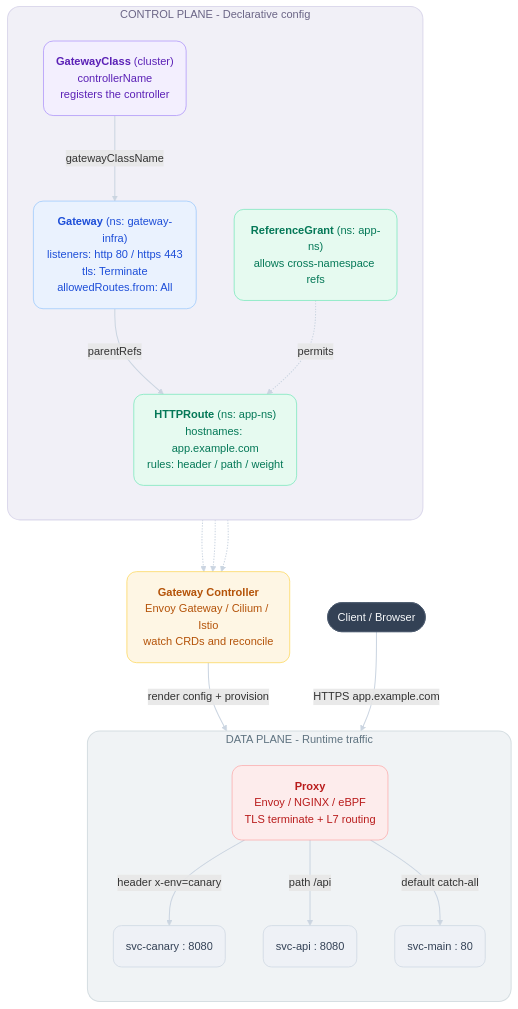
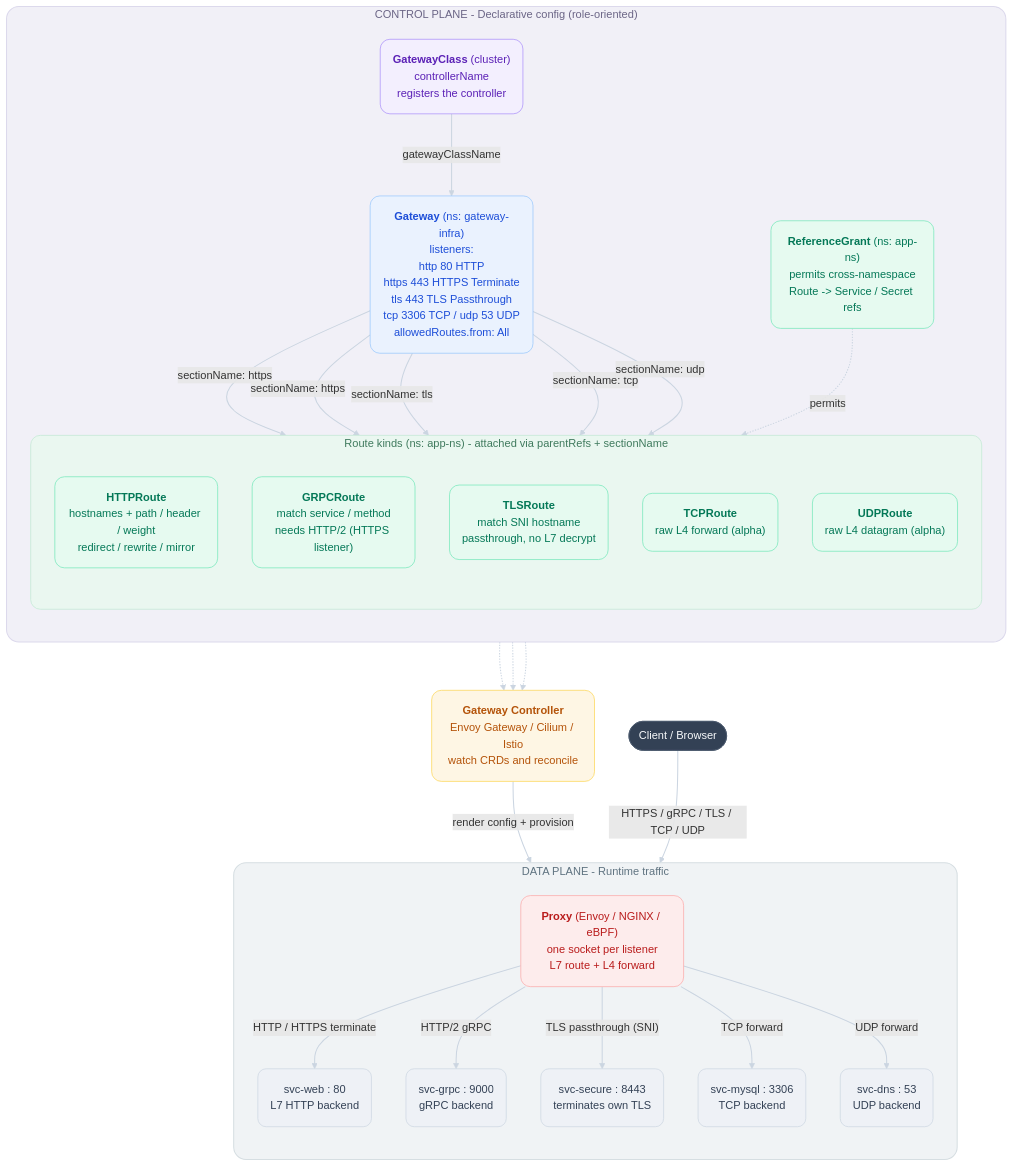
Before and after one commit to phamnam2003/challenges: the diagram in tech/k8s/networking/gateway-api/gateway-api.mmd, drawn with Mermaid.

Commit message:
docs(k8s): expand gateway api diagram with all route kinds

```diff
--- a/tech/k8s/networking/gateway-api/gateway-api.mmd
+++ b/tech/k8s/networking/gateway-api/gateway-api.mmd
@@ -1,60 +1,79 @@
-%%{init: {"flowchart": {"curve": "basis", "htmlLabels": true, "padding": 18, "nodeSpacing": 55, "rankSpacing": 75}, "themeVariables": {"fontFamily": "Segoe UI, Inter, sans-serif"}}}%%
-%% Gateway API - core components, relationships, and request flow
+%%{init: {"flowchart": {"curve": "basis", "htmlLabels": true, "padding": 18, "nodeSpacing": 50, "rankSpacing": 70}, "themeVariables": {"fontFamily": "Segoe UI, Inter, sans-serif"}}}%%
+%% Gateway API - full resource model: every Route kind bound to its listener protocol
 %% Render: https://mermaid.live  or VS Code "Markdown Preview Mermaid" extension
 
 flowchart TB
     client(["Client / Browser"]):::client
 
     %% ===================== CONTROL PLANE =====================
-    subgraph CONTROL["CONTROL PLANE - Declarative config"]
+    subgraph CONTROL["CONTROL PLANE - Declarative config (role-oriented)"]
         direction TB
 
         gc("<b>GatewayClass</b> (cluster)<br/>controllerName<br/>registers the controller"):::infra
-        gw("<b>Gateway</b> (ns: gateway-infra)<br/>listeners: http 80 / https 443<br/>tls: Terminate<br/>allowedRoutes.from: All"):::operator
-        route("<b>HTTPRoute</b> (ns: app-ns)<br/>hostnames: app.example.com<br/>rules: header / path / weight"):::dev
-        rg("<b>ReferenceGrant</b> (ns: app-ns)<br/>allows cross-namespace refs"):::dev
+
+        gw("<b>Gateway</b> (ns: gateway-infra)<br/>listeners:<br/>http 80 HTTP<br/>https 443 HTTPS Terminate<br/>tls 443 TLS Passthrough<br/>tcp 3306 TCP / udp 53 UDP<br/>allowedRoutes.from: All"):::operator
+
+        rg("<b>ReferenceGrant</b> (ns: app-ns)<br/>permits cross-namespace<br/>Route -> Service / Secret refs"):::dev
+
+        subgraph ROUTES["Route kinds (ns: app-ns) - attached via parentRefs + sectionName"]
+            direction TB
+            httproute("<b>HTTPRoute</b><br/>hostnames + path / header / weight<br/>redirect / rewrite / mirror"):::dev
+            grpcroute("<b>GRPCRoute</b><br/>match service / method<br/>needs HTTP/2 (HTTPS listener)"):::dev
+            tlsroute("<b>TLSRoute</b><br/>match SNI hostname<br/>passthrough, no L7 decrypt"):::dev
+            tcproute("<b>TCPRoute</b><br/>raw L4 forward (alpha)"):::dev
+            udproute("<b>UDPRoute</b><br/>raw L4 datagram (alpha)"):::dev
+        end
 
         gc -- "gatewayClassName" --> gw
-        gw -- "parentRefs" --> route
-        rg -. "permits" .-> route
+        gw -- "sectionName: https" --> httproute
+        gw -- "sectionName: https" --> grpcroute
+        gw -- "sectionName: tls" --> tlsroute
+        gw -- "sectionName: tcp" --> tcproute
+        gw -- "sectionName: udp" --> udproute
+        rg -. "permits" .-> ROUTES
     end
 
     %% ===================== CONTROLLER =====================
     controller("<b>Gateway Controller</b><br/>Envoy Gateway / Cilium / Istio<br/>watch CRDs and reconcile"):::ctrl
 
     %% ===================== DATA PLANE =====================
     subgraph DATA["DATA PLANE - Runtime traffic"]
         direction TB
 
-        proxy("<b>Proxy</b><br/>Envoy / NGINX / eBPF<br/>TLS terminate + L7 routing"):::proxy
+        proxy("<b>Proxy</b> (Envoy / NGINX / eBPF)<br/>one socket per listener<br/>L7 route + L4 forward"):::proxy
 
-        scanary("svc-canary : 8080"):::svc
-        sapi("svc-api : 8080"):::svc
-        smain("svc-main : 80"):::svc
+        swweb("svc-web : 80<br/>L7 HTTP backend"):::svc
+        sgrpc("svc-grpc : 9000<br/>gRPC backend"):::svc
+        stls("svc-secure : 8443<br/>terminates own TLS"):::svc
+        smysql("svc-mysql : 3306<br/>TCP backend"):::svc
+        sdns("svc-dns : 53<br/>UDP backend"):::svc
 
-        proxy -- "header x-env=canary" --> scanary
-        proxy -- "path /api" --> sapi
-        proxy -- "default catch-all" --> smain
+        proxy -- "HTTP / HTTPS terminate" --> swweb
+        proxy -- "HTTP/2 gRPC" --> sgrpc
+        proxy -- "TLS passthrough (SNI)" --> stls
+        proxy -- "TCP forward" --> smysql
+        proxy -- "UDP forward" --> sdns
     end
 
     %% ===================== WIRING =====================
     gc -.-> controller
     gw -.-> controller
-    route -.-> controller
+    ROUTES -.-> controller
     controller == "render config + provision" ==> proxy
 
-    client == "HTTPS app.example.com" ==> proxy
+    client == "HTTPS / gRPC / TLS / TCP / UDP" ==> proxy
 
     %% ===================== STYLES =====================
     classDef client   fill:#334155,stroke:#475569,color:#f8fafc,stroke-width:1px,rx:14,ry:14
     classDef infra    fill:#f3effe,stroke:#a78bfa,color:#5b21b6,stroke-width:1px,rx:14,ry:14
     classDef operator fill:#eaf2fe,stroke:#93c5fd,color:#1d4ed8,stroke-width:1px,rx:14,ry:14
     classDef dev      fill:#e6faf0,stroke:#6ee7b7,color:#047857,stroke-width:1px,rx:14,ry:14
     classDef ctrl     fill:#fef6e4,stroke:#fcd34d,color:#b45309,stroke-width:1px,rx:14,ry:14
     classDef proxy    fill:#fdecec,stroke:#fca5a5,color:#b91c1c,stroke-width:1px,rx:14,ry:14
     classDef svc      fill:#eef1f6,stroke:#cbd5e1,color:#334155,stroke-width:1px,rx:12,ry:12
 
     style CONTROL fill:#f1f0f7,stroke:#dcd9ec,stroke-width:1.5px,color:#6b6586,rx:18,ry:18
+    style ROUTES  fill:#eaf7f0,stroke:#bfe8d2,stroke-width:1px,color:#3f7a5d,rx:14,ry:14
     style DATA    fill:#f0f3f5,stroke:#d6dee2,stroke-width:1.5px,color:#5f7380,rx:18,ry:18
 
     linkStyle default stroke:#cbd5e1,stroke-width:1.5px
```
